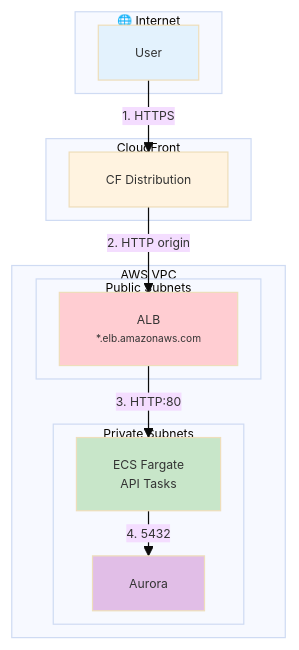
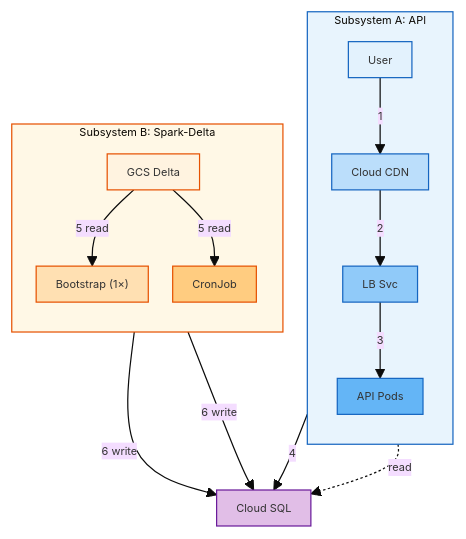
The second of 4 diagrams in docs/learned/cloud_shared/ARCHITECTURE_AWS_GCP_GENERAL.md (horselord-joe-8053/ultra-fru-genai-analytics-new), drawn with Mermaid before and after one commit. The commit also changed other lines of this file and 14 other files, not shown here.

Commit message:
Restructure ARCHITECTURE doc: Kube vs Nonkube comparison, side-by-side diagrams, colored tables

````diff
--- a/docs/learned/cloud_shared/ARCHITECTURE_AWS_GCP_GENERAL.md
+++ b/docs/learned/cloud_shared/ARCHITECTURE_AWS_GCP_GENERAL.md
@@ -58,32 +65,41 @@
 ```mermaid
-%%{init: {'theme':'base', 'themeVariables': {'fontSize':'10px', 'fontFamily':'sans-serif'}, 'flowchart': {'nodeSpacing':18, 'rankSpacing':22}}}%%
+%%{init: {'theme':'base', 'themeVariables': {'fontSize':'9px', 'fontFamily':'sans-serif'}, 'flowchart': {'nodeSpacing':20, 'rankSpacing':24, 'padding':8, 'useMaxWidth':true}}}%%
 flowchart TB
-    subgraph ext2["🌐 Internet"]
-        U2["User"]
+    subgraph subA3["Subsystem A: API"]
+        direction TB
+        U3["User"]
+        CDN3["Cloud CDN"]
+        LB3["LB Svc"]
+        POD3["API Pods"]
+        U3 -->|"1"| CDN3
+        CDN3 -->|"2"| LB3
+        LB3 -->|"3"| POD3
     end
 
-    subgraph cf2["CloudFront"]
-        CF2["CF Distribution"]
+    subgraph subB3["Subsystem B: Spark-Delta"]
+        direction TB
+        BOOT3["Bootstrap (1×)"]
+        CRON3["CronJob"]
+        GCS3["GCS Delta"]
+        GCS3 -->|"5 read"| BOOT3
+        GCS3 -->|"5 read"| CRON3
     end
 
-    subgraph aws2["AWS VPC"]
-        subgraph pub2["Public Subnets"]
-            ALB2["ALB<br/><small>*.elb.amazonaws.com</small>"]
-        end
-        subgraph priv2["Private Subnets"]
-            ECS2["ECS Fargate<br/>API Tasks"]
-            AUR2["Aurora"]
-        end
-    end
+    SQL3["Cloud SQL"]
 
-    U2 -->|"1. HTTPS"| CF2
-    CF2 -->|"2. HTTP origin"| ALB2
-    ALB2 -->|"3. HTTP:80"| ECS2
-    ECS2 -->|"4. 5432"| AUR2
+    POD3 -->|"4"| SQL3
+    BOOT3 -->|"6 write"| SQL3
+    CRON3 -->|"6 write"| SQL3
+    POD3 -.->|"read"| SQL3
 
-    style U2 fill:#e3f2fd
-    style CF2 fill:#fff3e0
-    style ALB2 fill:#ffcdd2
-    style ECS2 fill:#c8e6c9
-    style AUR2 fill:#e1bee7
+    style U3 fill:#e3f2fd,stroke:#1565c0
+    style CDN3 fill:#bbdefb,stroke:#1565c0
+    style LB3 fill:#90caf9,stroke:#1565c0
+    style POD3 fill:#64b5f6,stroke:#1565c0
+    style subA3 fill:#e8f4fd,stroke:#1565c0
+    style subB3 fill:#fff8e6,stroke:#e65100
+    style BOOT3 fill:#ffe0b2,stroke:#e65100
+    style CRON3 fill:#ffcc80,stroke:#e65100
+    style GCS3 fill:#fff3e0,stroke:#e65100
+    style SQL3 fill:#e1bee7,stroke:#6a1b9a
 ```
````
